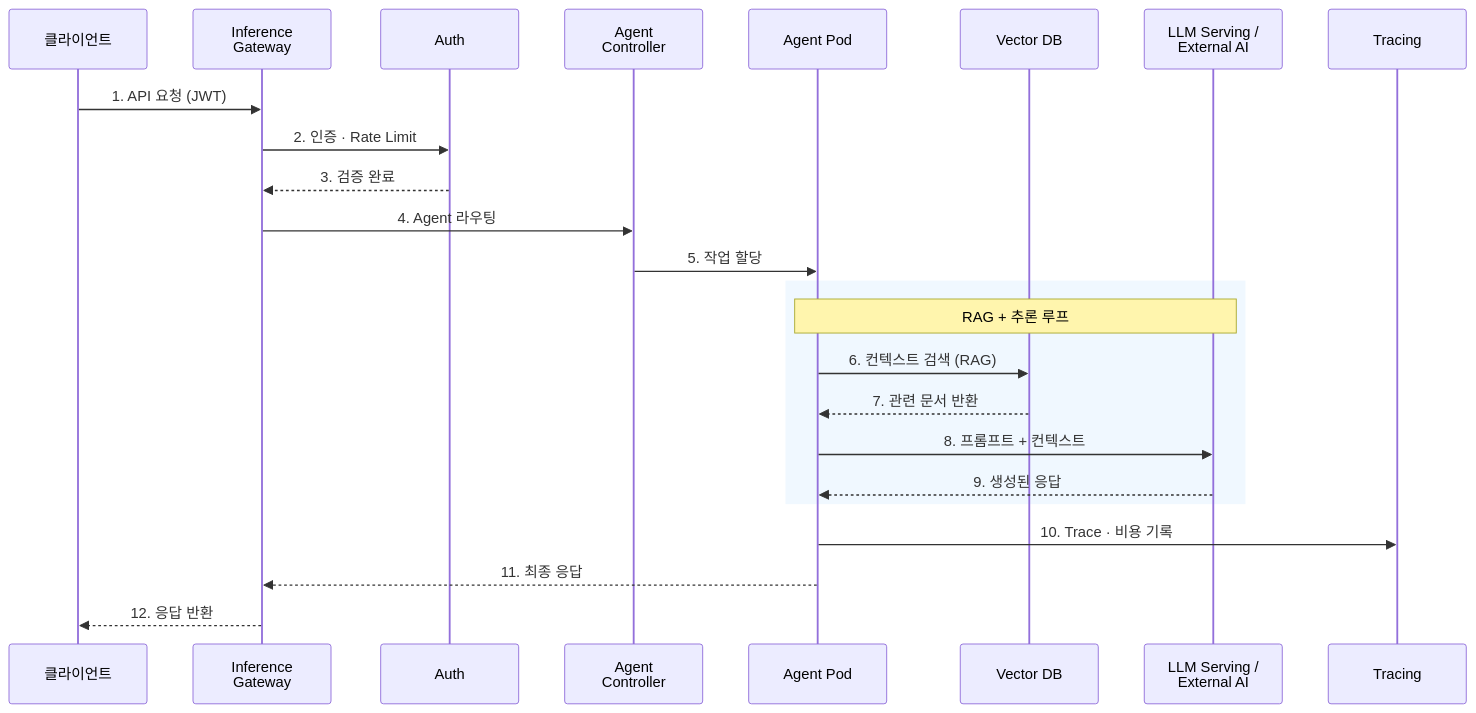
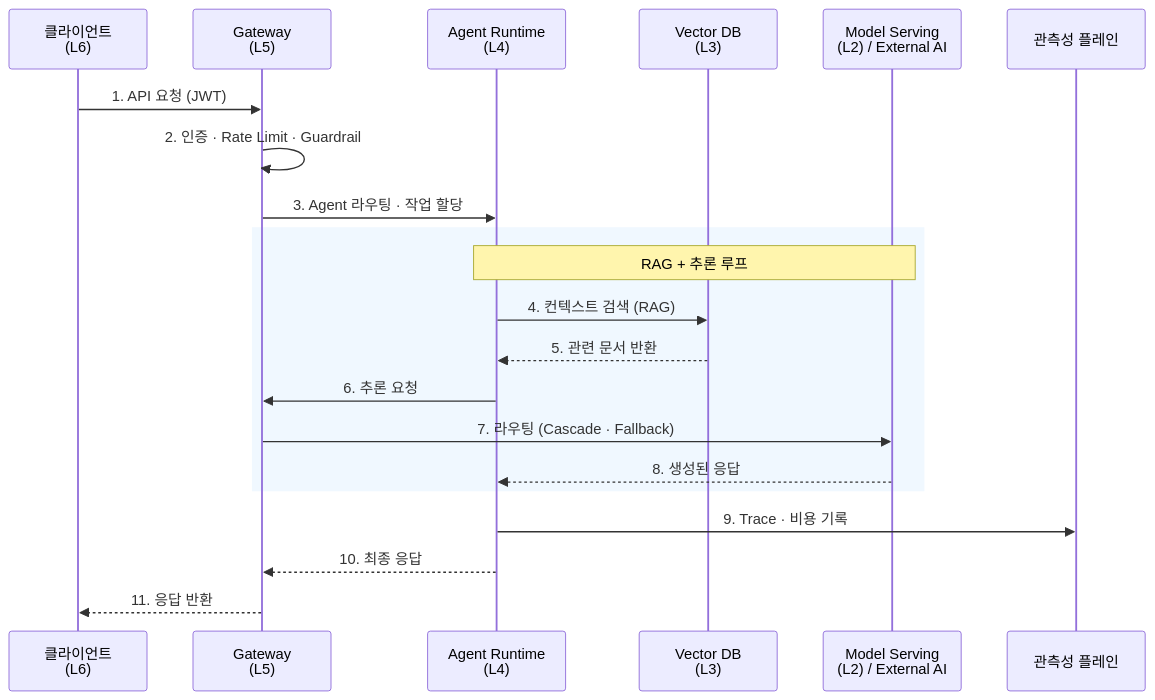
The tenth of 10 diagrams in docs/agentic-ai-platform/design-architecture/foundations/agentic-platform-architecture.md (devfloor9/engineering-playbook), drawn with Mermaid before and after one commit. The commit also changed other lines of this file and 24 other files, not shown here.

````diff
--- a/docs/agentic-ai-platform/design-architecture/foundations/agentic-platform-architecture.md
+++ b/docs/agentic-ai-platform/design-architecture/foundations/agentic-platform-architecture.md
@@ -766,29 +705,26 @@
 ```mermaid
 sequenceDiagram
-    participant Client as 클라이언트
-    participant Gateway as Inference<br/>Gateway
-    participant Auth as Auth
-    participant Controller as Agent<br/>Controller
-    participant Agent as Agent Pod
-    participant VectorDB as Vector DB
-    participant LLM as LLM Serving /<br/>External AI
-    participant Trace as Tracing
+    participant Client as 클라이언트<br/>(L6)
+    participant Gateway as Gateway<br/>(L5)
+    participant Agent as Agent Runtime<br/>(L4)
+    participant VectorDB as Vector DB<br/>(L3)
+    participant LLM as Model Serving<br/>(L2) / External AI
+    participant Trace as 관측성 플레인
 
     Client->>Gateway: 1. API 요청 (JWT)
-    Gateway->>Auth: 2. 인증 · Rate Limit
-    Auth-->>Gateway: 3. 검증 완료
-    Gateway->>Controller: 4. Agent 라우팅
-    Controller->>Agent: 5. 작업 할당
+    Gateway->>Gateway: 2. 인증 · Rate Limit · Guardrail
+    Gateway->>Agent: 3. Agent 라우팅 · 작업 할당
 
     rect rgb(240, 248, 255)
     Note over Agent,LLM: RAG + 추론 루프
-    Agent->>VectorDB: 6. 컨텍스트 검색 (RAG)
-    VectorDB-->>Agent: 7. 관련 문서 반환
-    Agent->>LLM: 8. 프롬프트 + 컨텍스트
-    LLM-->>Agent: 9. 생성된 응답
+    Agent->>VectorDB: 4. 컨텍스트 검색 (RAG)
+    VectorDB-->>Agent: 5. 관련 문서 반환
+    Agent->>Gateway: 6. 추론 요청
+    Gateway->>LLM: 7. 라우팅 (Cascade · Fallback)
+    LLM-->>Agent: 8. 생성된 응답
     end
 
-    Agent->>Trace: 10. Trace · 비용 기록
-    Agent-->>Gateway: 11. 최종 응답
-    Gateway-->>Client: 12. 응답 반환
+    Agent->>Trace: 9. Trace · 비용 기록
+    Agent-->>Gateway: 10. 최종 응답
+    Gateway-->>Client: 11. 응답 반환
 ```
````
